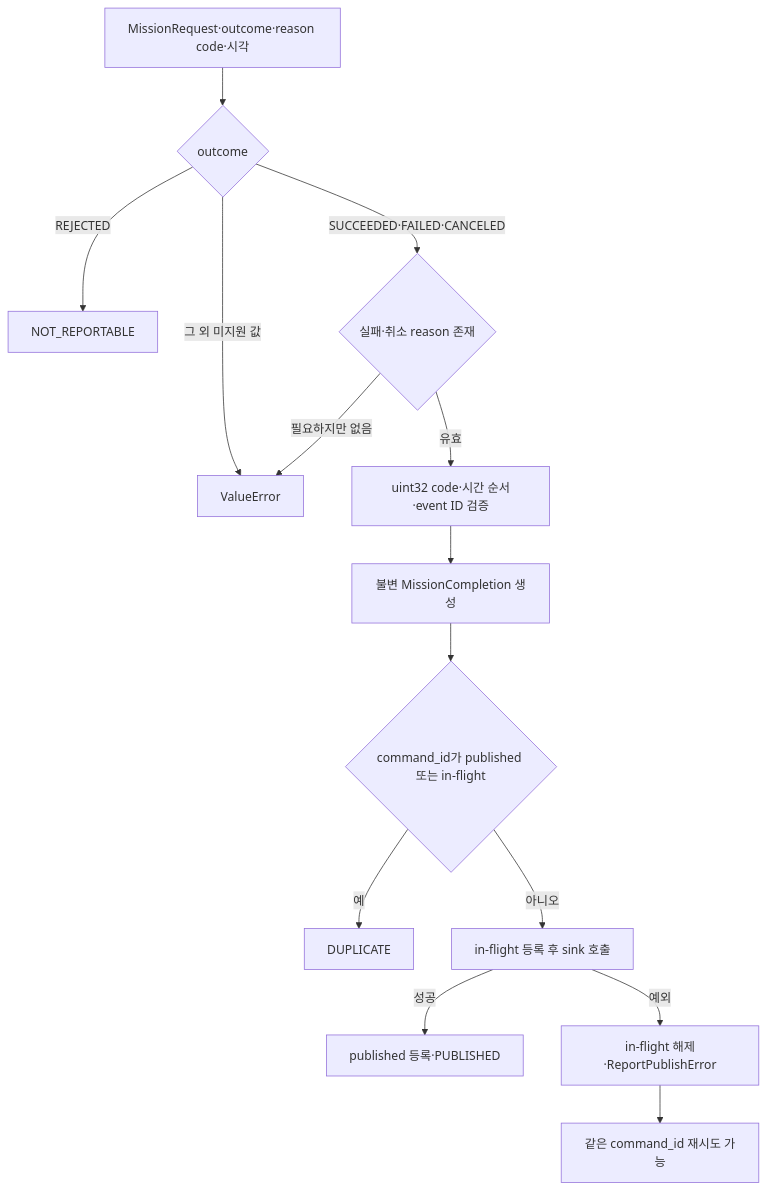
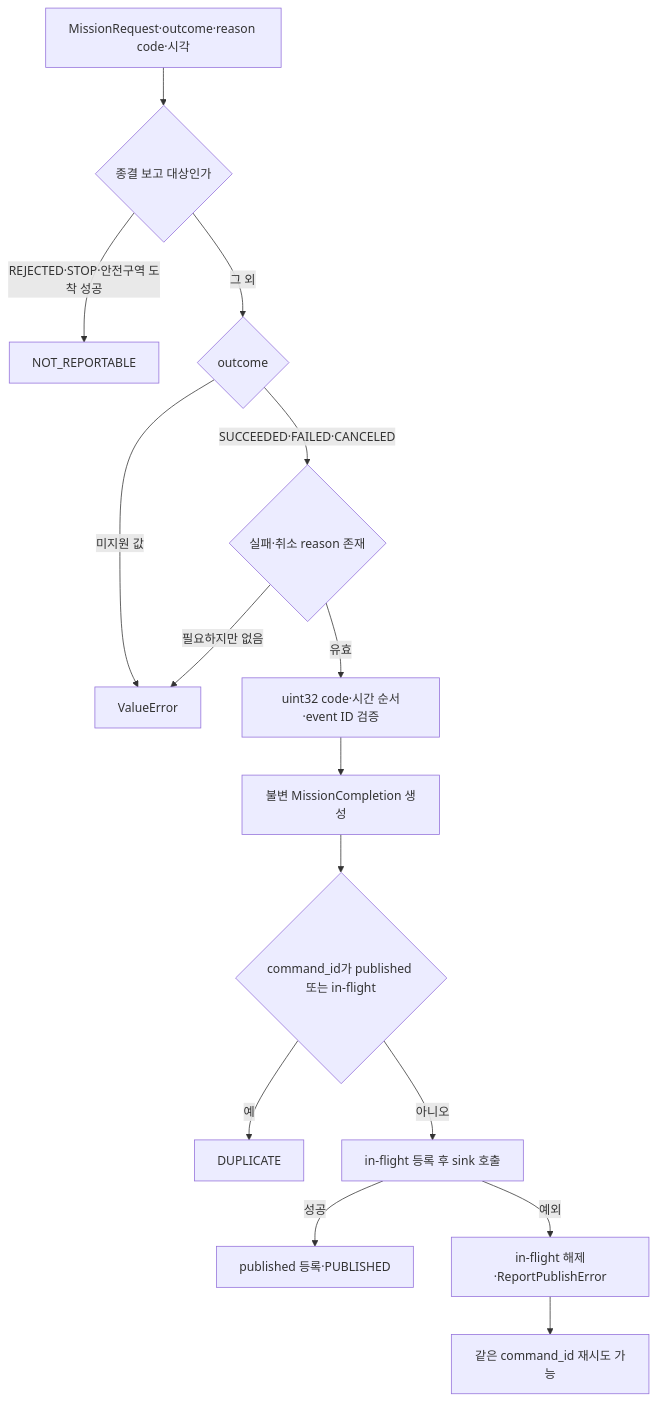
Before and after one commit to suuuhululu/patrol: diagram 24 of 29 in src/patrol_amr/docs/mission_navigation.md, drawn with Mermaid. The commit also changed other lines of this file and 22 other files, not shown here.

```diff
--- a/src/patrol_amr/docs/mission_navigation.md
+++ b/src/patrol_amr/docs/mission_navigation.md
@@ -501,16 +519,17 @@
 ~~~mermaid
 flowchart TD
-    A[MissionRequest·outcome·reason code·시각] --> B{outcome}
-    B -->|REJECTED| C[NOT_REPORTABLE]
-    B -->|그 외 미지원 값| D[ValueError]
-    B -->|SUCCEEDED·FAILED·CANCELED| E{실패·취소 reason 존재}
+    A[MissionRequest·outcome·reason code·시각] --> B{종결 보고 대상인가}
+    B -->|REJECTED·STOP·안전구역 도착 성공| C[NOT_REPORTABLE]
+    B -->|그 외| N{outcome}
+    N -->|미지원 값| D[ValueError]
+    N -->|SUCCEEDED·FAILED·CANCELED| E{실패·취소 reason 존재}
     E -->|필요하지만 없음| D
     E -->|유효| F[uint32 code·시간 순서·event ID 검증]
     F --> M[불변 MissionCompletion 생성]
     M --> G{command_id가 published 또는 in-flight}
     G -->|예| H[DUPLICATE]
     G -->|아니오| I[in-flight 등록 후 sink 호출]
     I -->|성공| J[published 등록·PUBLISHED]
     I -->|예외| K[in-flight 해제·ReportPublishError]
     K --> L[같은 command_id 재시도 가능]
 ~~~
```
